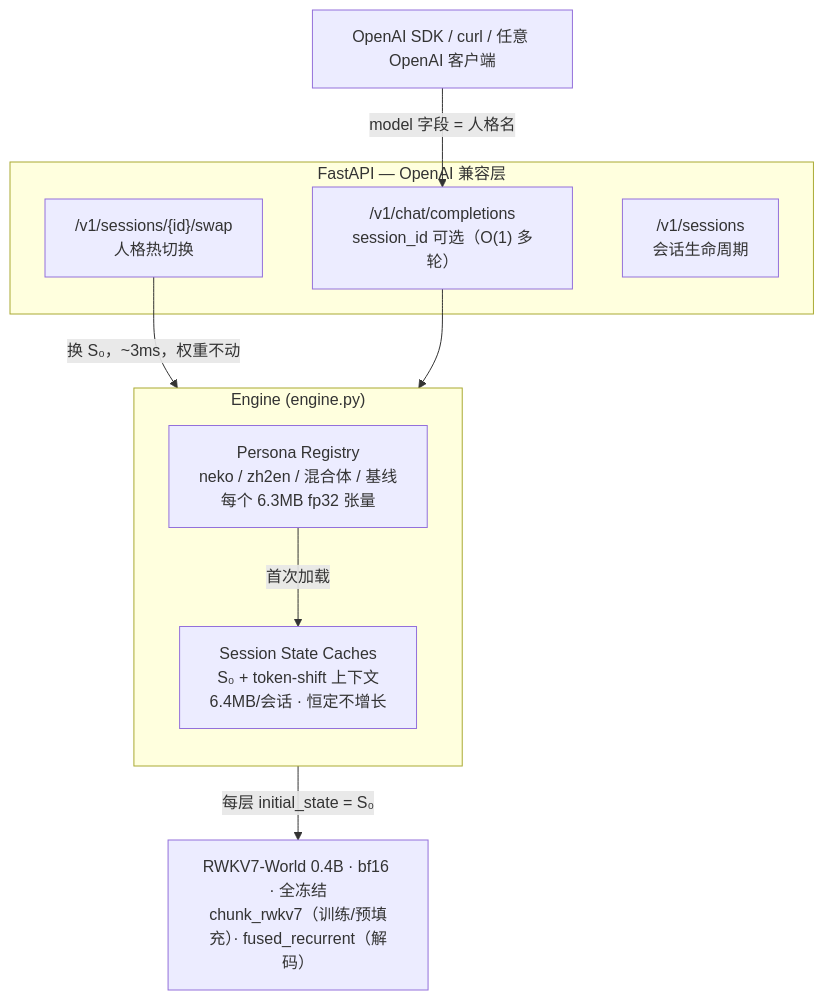
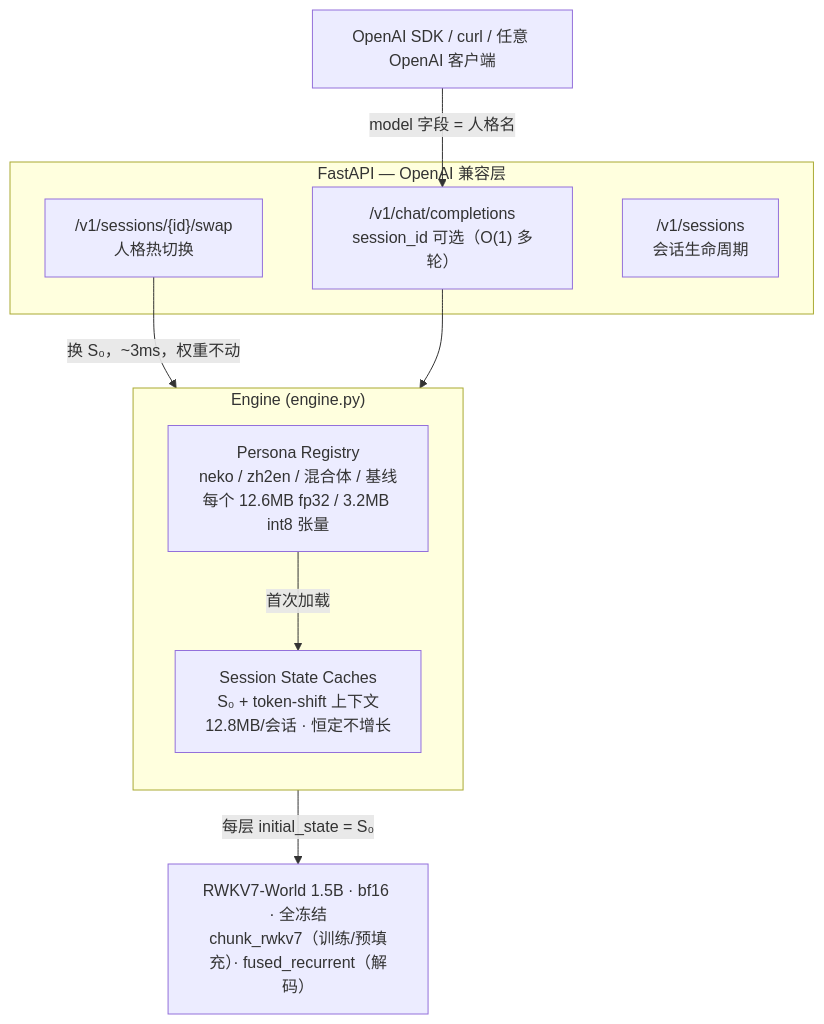
The diagram in README.md (Nice0o0/stateswap), drawn with Mermaid before and after one commit. The commit also changed other lines of this file and 4 other files, not shown here.

````diff
--- a/README.md
+++ b/README.md
@@ -56,24 +58,24 @@
 ```mermaid
 flowchart TB
     Client["OpenAI SDK / curl / 任意 OpenAI 客户端"] -->|"model 字段 = 人格名"| CHAT
 
     subgraph API["FastAPI — OpenAI 兼容层"]
         CHAT["/v1/chat/completions<br/>session_id 可选（O(1) 多轮）"]
         SWAP["/v1/sessions/{id}/swap<br/>人格热切换"]
         SESSM["/v1/sessions<br/>会话生命周期"]
     end
 
     CHAT --> ENG
 
     subgraph ENG["Engine (engine.py)"]
         direction TB
-        REG["Persona Registry<br/>neko / zh2en / 混合体 / 基线<br/>每个 6.3MB fp32 张量"]
-        SESS["Session State Caches<br/>S₀ + token-shift 上下文<br/>6.4MB/会话 · 恒定不增长"]
+        REG["Persona Registry<br/>neko / zh2en / 混合体 / 基线<br/>每个 12.6MB fp32 / 3.2MB int8 张量"]
+        SESS["Session State Caches<br/>S₀ + token-shift 上下文<br/>12.8MB/会话 · 恒定不增长"]
         REG -->|"首次加载"| SESS
         SWAP -->|"换 S₀，~3ms，权重不动"| SESS
     end
 
     SESS -->|"每层 initial_state = S₀"| BASE
 
-    BASE["RWKV7-World 0.4B · bf16 · 全冻结<br/>chunk_rwkv7（训练/预填充）· fused_recurrent（解码）"]
+    BASE["RWKV7-World 1.5B · bf16 · 全冻结<br/>chunk_rwkv7（训练/预填充）· fused_recurrent（解码）"]
 ```
````
